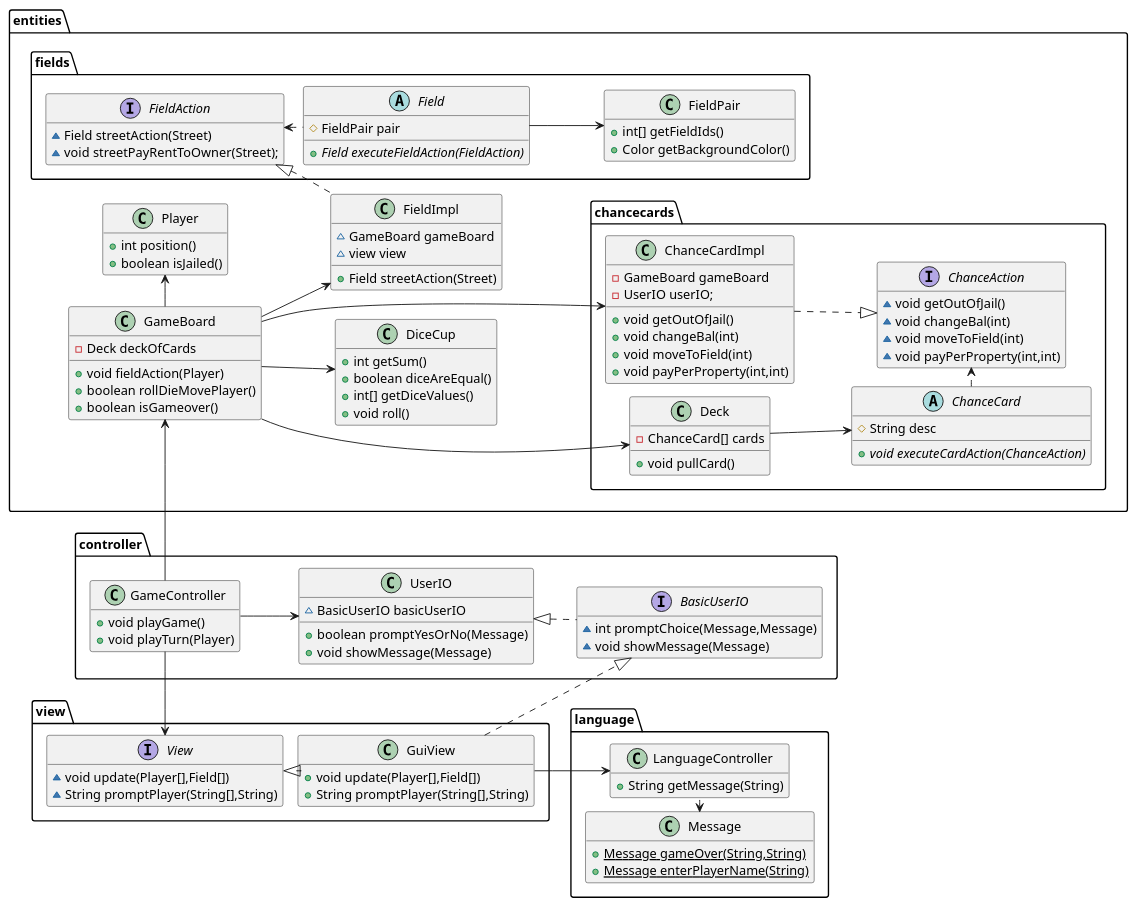
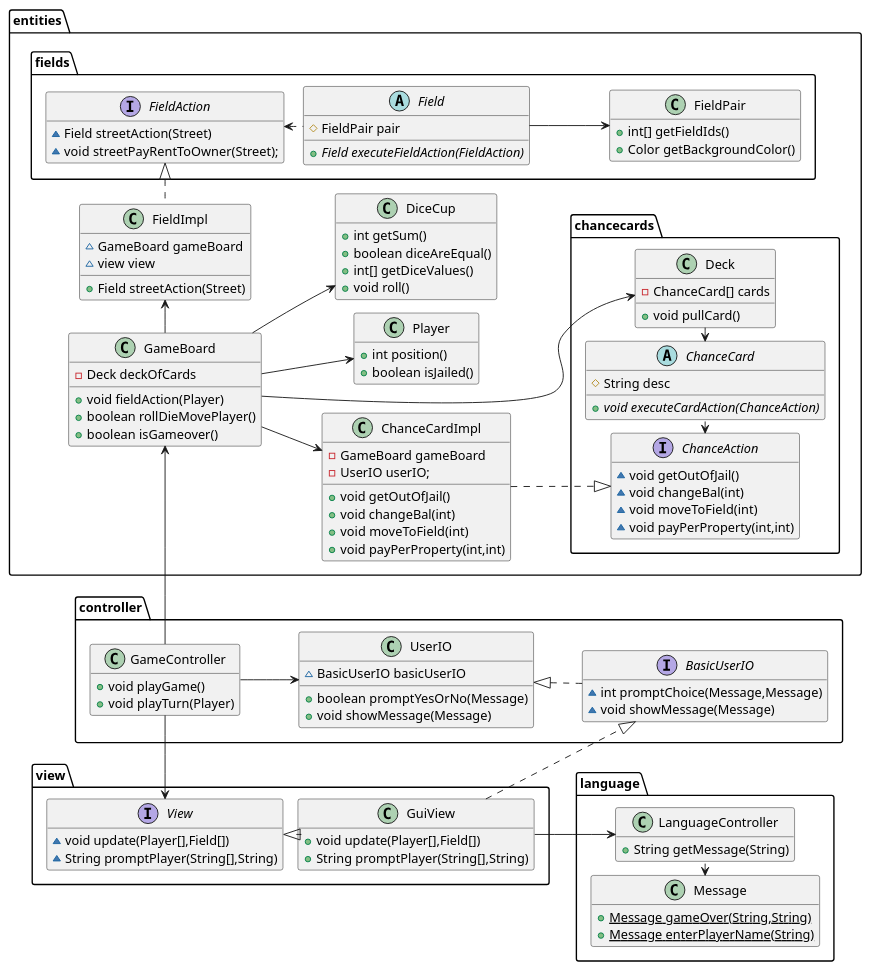
One commit to xdTobs/_22_del3 changed the diagram in diagrams/ClassDiagram2.puml. Above: the diagram before and after it, drawn with PlantUML.

Commit message:
looking good

```diff
--- a/diagrams/ClassDiagram2.puml
+++ b/diagrams/ClassDiagram2.puml
@@ -1,139 +1,139 @@
 @startuml
 hide empty members
 'skinparam linetype ortho
 left to right direction
 skinparam nodesep 15
 skinparam ranksep 15
 
 package entities{
 
     class GameBoard {
         - Deck deckOfCards
         + void fieldAction(Player)
         + boolean rollDieMovePlayer()
         + boolean isGameover()
     }
 
     class Player {
         + int position()
         + boolean isJailed()
     }
     class DiceCup {
         + int getSum()
         + boolean diceAreEqual()
         + int[] getDiceValues()
         + void roll()
     }
     class FieldImpl {
 	~ GameBoard gameBoard
 	~ view view
 	+ Field streetAction(Street)
     }
-
-    package chancecards {
-        class ChanceCardImpl {
+     class ChanceCardImpl {
             - GameBoard gameBoard
             - UserIO userIO;
             + void getOutOfJail()
             + void changeBal(int)
             + void moveToField(int)
             + void payPerProperty(int,int)
         }
-        class Deck {
+
+
+    package chancecards {
+       class Deck {
             -ChanceCard[] cards
             + void pullCard()
         }
         interface ChanceAction {
             ~ void getOutOfJail()
             ~ void changeBal(int)
             ~ void moveToField(int)
             ~ void payPerProperty(int,int)
         }
         abstract class ChanceCard {
             # String desc
             + {abstract}void executeCardAction(ChanceAction)
         }
     }
     package fields {
          abstract class Field {
             # FieldPair pair
             + {abstract}Field executeFieldAction(FieldAction)
         }
         class FieldPair {
             + int[] getFieldIds()
             + Color getBackgroundColor()
         }
 
         interface FieldAction {
             ~ Field streetAction(Street)
             ~ void streetPayRentToOwner(Street);
         }
     }
 }
 
 
 package language{
     class LanguageController {
         + String getMessage(String)
     }
     class Message {
     + {static} Message gameOver(String,String)
     + {static} Message enterPlayerName(String)
     }
 }
 
 package controller {
     class UserIO {
         ~ BasicUserIO basicUserIO
         + boolean promptYesOrNo(Message)
         + void showMessage(Message)
     }
 
     interface BasicUserIO {
         ~ int promptChoice(Message,Message)
         ~ void showMessage(Message)
     }
 
     class GameController {
         + void playGame()
         + void playTurn(Player)
     }
 }
 package view{
     class GuiView {
         + void update(Player[],Field[])
         + String promptPlayer(String[],String)
     }
 
     interface View {
         ~ void update(Player[],Field[])
         ~ String promptPlayer(String[],String)
     }
 }
 
 
 GameController -> GameBoard
 
 
-GameBoard ---> ChanceCardImpl
-GameBoard --> FieldImpl
+GameBoard -down-> ChanceCardImpl
+GameBoard -right-> FieldImpl
 
-GameBoard -right-> Player
+GameBoard --> Player
 GameBoard --> DiceCup
-GameBoard --> Deck
+GameBoard --=> Deck
 GuiView -down-> LanguageController
 LanguageController .left.> Message
 ChanceCardImpl ..|>ChanceAction
-FieldAction <|.. FieldImpl
+FieldAction <|. FieldImpl
 View <|..GuiView
 BasicUserIO <|.left. GuiView
 UserIO <|..BasicUserIO
 GameController -left->View
 FieldAction <..Field
 FieldPair <-up-Field
-Deck  -->ChanceCard
+Deck -left-> ChanceCard
 GameController -->UserIO
-ChanceAction <.left.ChanceCard
-FieldAction -[hidden]left-> Player
+ChanceAction <.right.ChanceCard
 
 @enduml
```
